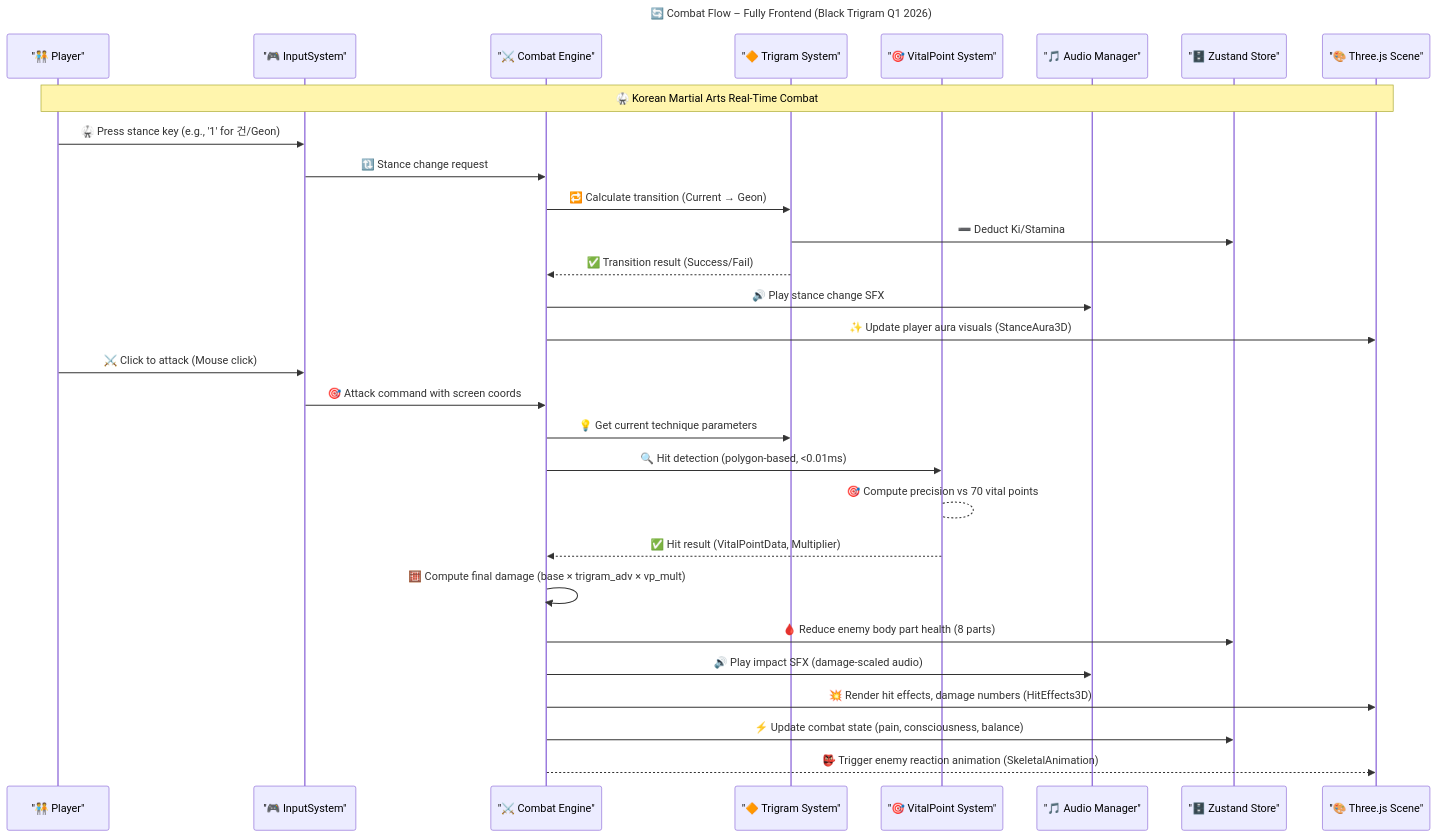
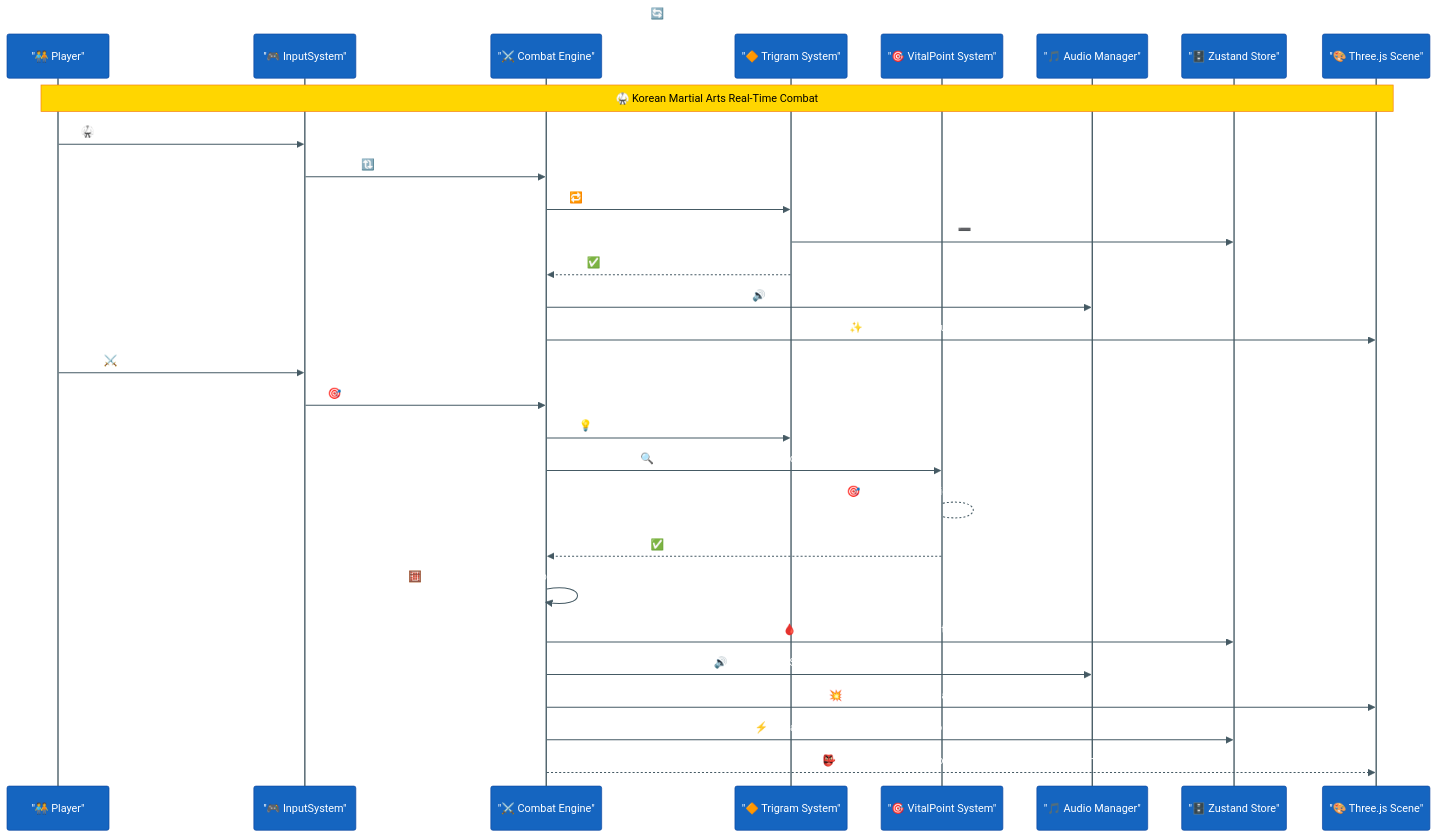
The sixth of 22 diagrams in docs/api/media/ARCHITECTURE.md (Hack23/blacktrigram), drawn with Mermaid before and after one commit. The commit also changed other lines of this file and 4430 other files, not shown here.

````diff
--- a/docs/api/media/ARCHITECTURE.md
+++ b/docs/api/media/ARCHITECTURE.md
@@ -1152,36 +1157,37 @@
 ```mermaid
+%%{init: {'theme':'base', 'themeVariables': {'primaryColor':'#2979FF','primaryTextColor':'#fff','primaryBorderColor':'#0D47A1','lineColor':'#455A64','secondaryColor':'#4CAF50','tertiaryColor':'#FF9800','actorBkg':'#1565C0','actorTextColor':'#fff','actorLineColor':'#455A64','signalColor':'#455A64','signalTextColor':'#fff','noteBkgColor':'#FFD600','noteTextColor':'#000','noteBorderColor':'#F57F17'}}}%%
 sequenceDiagram
     title 🔄 Combat Flow – Fully Frontend (Black Trigram Q1 2026)
 
     participant Player as "🧑‍🤝‍🧑 Player"
     participant InputSystem as "🎮 InputSystem"
     participant CombatEngine as "⚔️ Combat Engine"
     participant TrigramSystem as "🔶 Trigram System"
     participant VitalPointSystem as "🎯 VitalPoint System"
     participant AudioManager as "🎵 Audio Manager"
     participant StateStore as "🗄️ Zustand Store"
     participant ThreeScene as "🎨 Three.js Scene"
 
     Note over Player,ThreeScene: 🥋 Korean Martial Arts Real-Time Combat
 
     Player->>InputSystem: 🥋 Press stance key (e.g., '1' for 건/Geon)
     InputSystem->>CombatEngine: 🔃 Stance change request
     CombatEngine->>TrigramSystem: 🔁 Calculate transition (Current → Geon)
     TrigramSystem->>StateStore: ➖ Deduct Ki/Stamina
     TrigramSystem-->>CombatEngine: ✅ Transition result (Success/Fail)
     CombatEngine->>AudioManager: 🔊 Play stance change SFX
     CombatEngine->>ThreeScene: ✨ Update player aura visuals (StanceAura3D)
 
     Player->>InputSystem: ⚔️ Click to attack (Mouse click)
     InputSystem->>CombatEngine: 🎯 Attack command with screen coords
     CombatEngine->>TrigramSystem: 💡 Get current technique parameters
     CombatEngine->>VitalPointSystem: 🔍 Hit detection (polygon-based, <0.01ms)
     VitalPointSystem-->VitalPointSystem: 🎯 Compute precision vs 70 vital points
     VitalPointSystem-->>CombatEngine: ✅ Hit result (VitalPointData, Multiplier)
     CombatEngine->>CombatEngine: 🧮 Compute final damage (base × trigram_adv × vp_mult)
     CombatEngine->>StateStore: 🩸 Reduce enemy body part health (8 parts)
     CombatEngine->>AudioManager: 🔊 Play impact SFX (damage-scaled audio)
     CombatEngine->>ThreeScene: 💥 Render hit effects, damage numbers (HitEffects3D)
     CombatEngine->>StateStore: ⚡ Update combat state (pain, consciousness, balance)
     CombatEngine-->>ThreeScene: 👺 Trigger enemy reaction animation (SkeletalAnimation)
 ```
````
